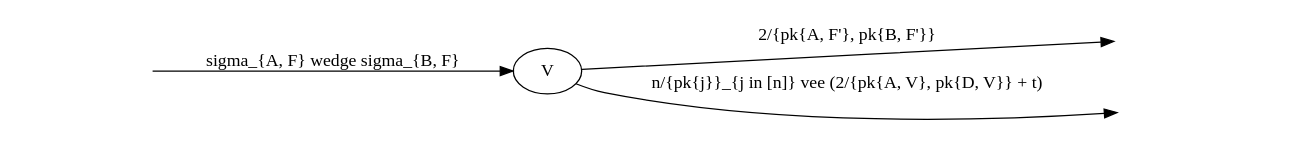
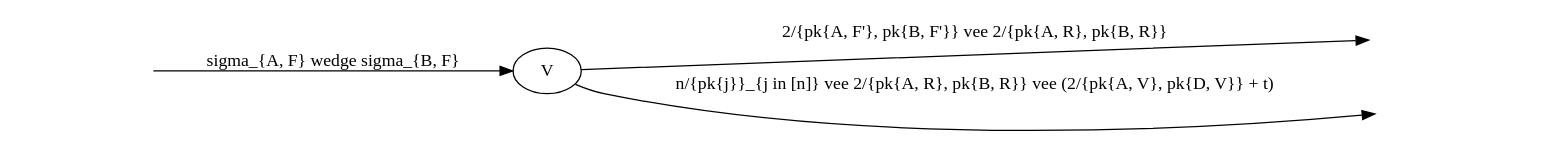
The diagram in src/figures/dot/virtual-layer-endpoint.dot (OrfeasLitos/virtual-payment-channels), drawn with Graphviz before and after one commit. The commit also changed 1 other file, not shown here.

Commit message:
Add revocations to endpoint virtual tx

```diff
--- a/src/figures/dot/virtual-layer-endpoint.dot
+++ b/src/figures/dot/virtual-layer-endpoint.dot
@@ -1,12 +1,12 @@
 digraph G {
   virtual_in [style=invisible]
   virtual [label="V"]
   virtual_out_1 [style=invisible]
   virtual_out_2 [style=invisible]
 
   virtual_in -> virtual [label="\sigma_{A, F} \wedge \sigma_{B, F}"]
-  virtual -> virtual_out_1 [label="2/\{\pk{A, F'}, \pk{B, F'}\}"]
-  virtual -> virtual_out_2 [label="n/\{\pk{j}\}_{j \in [n]} \vee (2/\{\pk{A, V}, \pk{D, V}\} + t)"]
+  virtual -> virtual_out_1 [label="2/\{\pk{A, F'}, \pk{B, F'}\} \vee 2/\{\pk{A, R}, \pk{B, R}\}"]
+  virtual -> virtual_out_2 [label="n/\{\pk{j}\}_{j \in [n]} \vee 2/\{\pk{A, R}, \pk{B, R}\} \vee (2/\{\pk{A, V}, \pk{D, V}\} + t)"]
 
   rankdir=LR
 }
```
